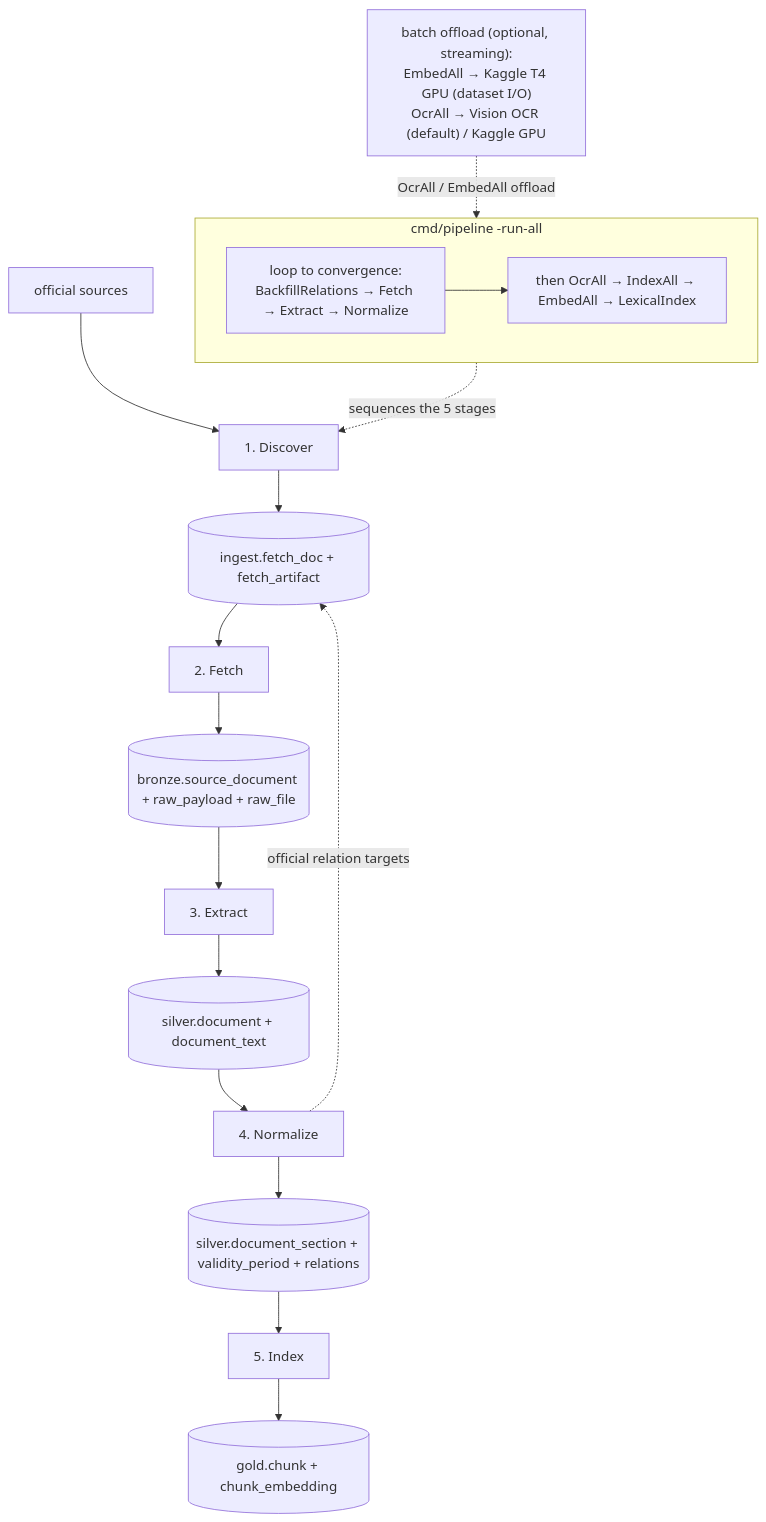
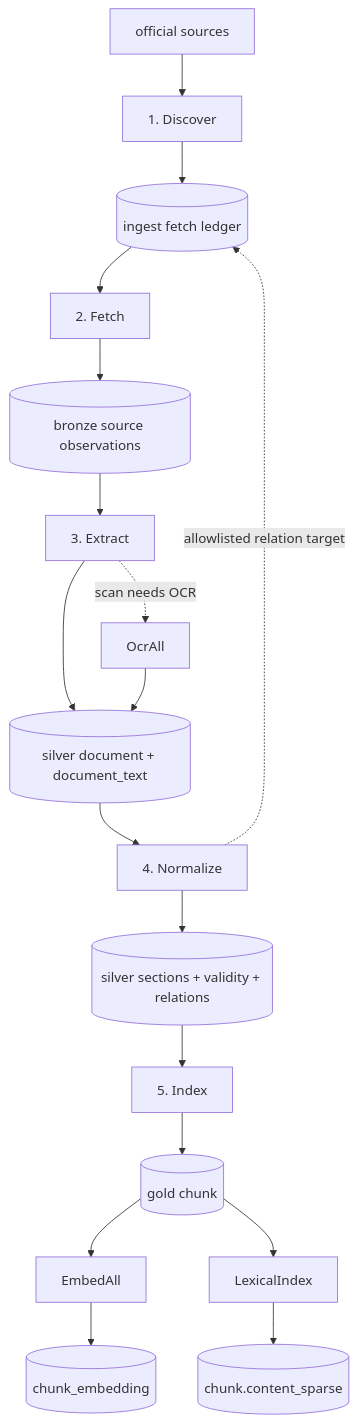
Before and after one commit to dannyota/banhmi: the first of 2 diagrams in docs/design/PIPELINE.md, drawn with Mermaid. The commit also changed other lines of this file and 22 other files, not shown here.

````diff
--- a/docs/design/PIPELINE.md
+++ b/docs/design/PIPELINE.md
@@ -41,23 +32,20 @@
 ```mermaid
 flowchart TB
   SRC["official sources"] --> DISCOVER["1. Discover"]
-  DISCOVER --> LEDGER[("ingest.fetch_doc + fetch_artifact")]
+  DISCOVER --> LEDGER[("ingest fetch ledger")]
   LEDGER --> FETCH["2. Fetch"]
-  FETCH --> BRONZE[("bronze.source_document + raw_payload + raw_file")]
+  FETCH --> BRONZE[("bronze source observations")]
   BRONZE --> EXTRACT["3. Extract"]
-  EXTRACT --> TEXT[("silver.document + document_text")]
+  EXTRACT --> TEXT[("silver document + document_text")]
   TEXT --> NORMALIZE["4. Normalize"]
-  NORMALIZE --> SECTIONS[("silver.document_section + validity_period + relations")]
-  NORMALIZE -. "official relation targets" .-> LEDGER
-  SECTIONS --> INDEX["5. Index"]
-  INDEX --> GOLD[("gold.chunk + chunk_embedding")]
-
-  subgraph RUNALL["cmd/pipeline -run-all"]
-    direction LR
-    LOOP["loop to convergence:<br/>BackfillRelations → Fetch → Extract → Normalize"]
-    TAIL["then OcrAll → IndexAll → EmbedAll → LexicalIndex"]
-    LOOP --> TAIL
-  end
-  RUNALL -. "sequences the 5 stages" .-> DISCOVER
-  OFFLOAD["batch offload (optional, streaming):<br/>EmbedAll → Kaggle T4 GPU (dataset I/O)<br/>OcrAll → Vision OCR (default) / Kaggle GPU"] -. "OcrAll / EmbedAll offload" .-> TAIL
+  NORMALIZE --> SILVER[("silver sections + validity + relations")]
+  NORMALIZE -. "allowlisted relation target" .-> LEDGER
+  SILVER --> INDEX["5. Index"]
+  INDEX --> CHUNKS[("gold chunk")]
+  CHUNKS --> EMBED["EmbedAll"]
+  CHUNKS --> LEX["LexicalIndex"]
+  EMBED --> DENSE[("chunk_embedding")]
+  LEX --> SPARSE[("chunk.content_sparse")]
+  EXTRACT -. "scan needs OCR" .-> OCR["OcrAll"]
+  OCR --> TEXT
 ```
````
